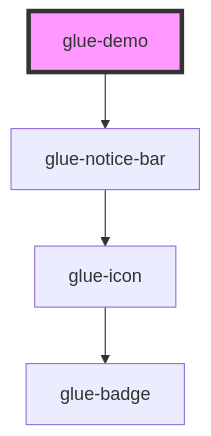
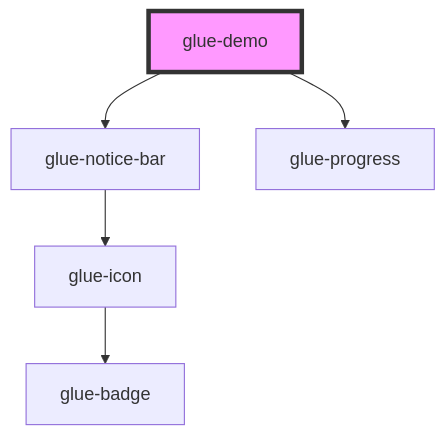
The diagram in packages/glue-components/src/components/glue-demo/readme.md (grasilife/glue), drawn with Mermaid before and after one commit. The commit also changed other lines of this file and 6 other files, not shown here.

````diff
--- a/packages/glue-components/src/components/glue-demo/readme.md
+++ b/packages/glue-components/src/components/glue-demo/readme.md
@@ -24,7 +25,8 @@
 ```mermaid
 graph TD;
   glue-demo --> glue-notice-bar
+  glue-demo --> glue-progress
   glue-notice-bar --> glue-icon
   glue-icon --> glue-badge
   style glue-demo fill:#f9f,stroke:#333,stroke-width:4px
 ```
````
